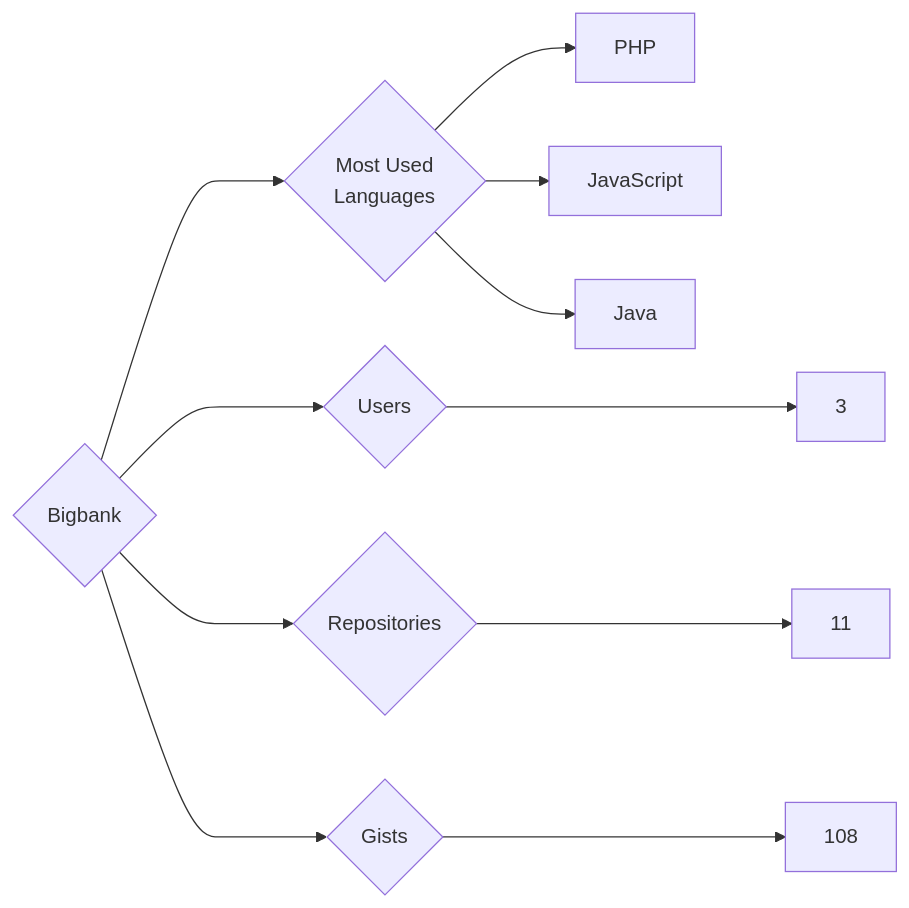
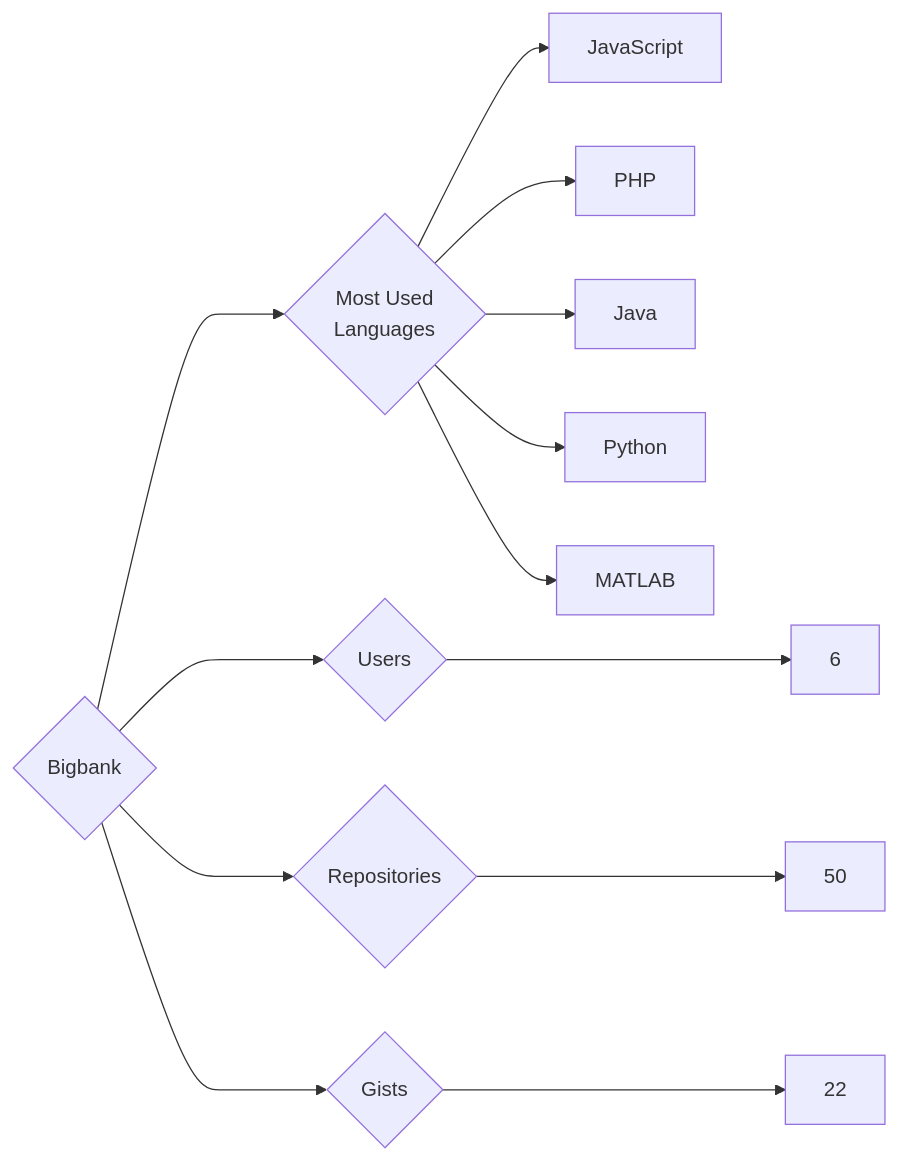
One commit to trickest/insiders changed the diagram in targets/Bigbank/README.md. Above: the diagram before and after it, drawn with Mermaid. The commit also changed 783 other files, not shown here.

````diff
--- a/targets/Bigbank/README.md
+++ b/targets/Bigbank/README.md
@@ -3,11 +3,13 @@
 ```mermaid
 graph LR
 COMPANY_NAME{Bigbank}
-COMPANY_NAME ---> U{Users} ---> UN[3]
-COMPANY_NAME ---> R{Repositories} ---> RN[11]
-COMPANY_NAME ---> G{Gists} ---> GN[108]
+COMPANY_NAME ---> U{Users} ---> UN[6]
+COMPANY_NAME ---> R{Repositories} ---> RN[50]
+COMPANY_NAME ---> G{Gists} ---> GN[22]
 COMPANY_NAME ---> ML{Most Used<br>Languages}
+ML --> JavaScript[JavaScript]
 ML --> PHP[PHP]
-ML --> JavaScript[JavaScript]
 ML --> Java[Java]
+ML --> Python[Python]
+ML --> MATLAB[MATLAB]
 ```
````
